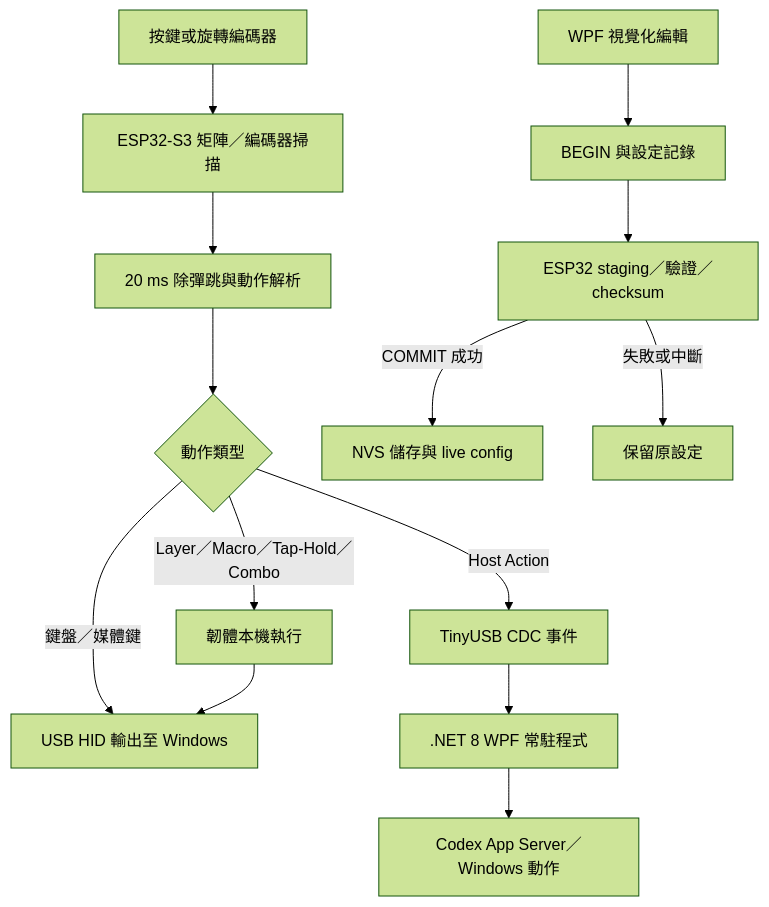
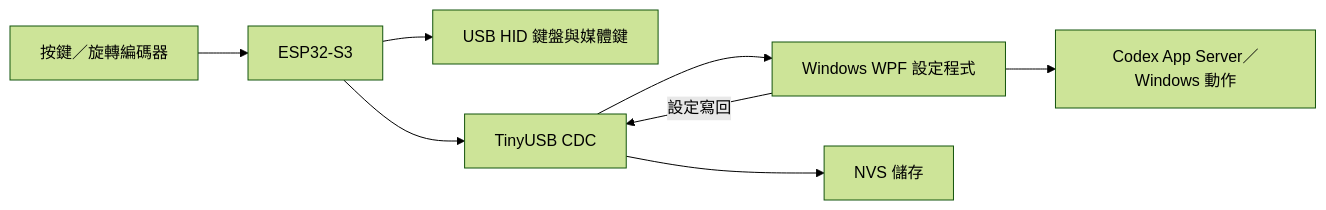
Before and after one commit to vvitohu/vvitohu.github.io: the diagram in _posts/2026-07-06-codex-macro-s3.markdown, drawn with Mermaid (forest theme). The commit also changed other lines of this file and 3 other files, not shown here.

````diff
--- a/_posts/2026-07-06-codex-macro-s3.markdown
+++ b/_posts/2026-07-06-codex-macro-s3.markdown
@@ -62,17 +53,10 @@
 ```mermaid
-flowchart TD
-    A[按鍵或旋轉編碼器] --> B[ESP32-S3 矩陣／編碼器掃描]
-    B --> C[20 ms 除彈跳與動作解析]
-    C --> D{動作類型}
-    D -->|鍵盤／媒體鍵| E[USB HID 輸出至 Windows]
-    D -->|Layer／Macro／Tap-Hold／Combo| F[韌體本機執行]
-    F --> E
-    D -->|Host Action| G[TinyUSB CDC 事件]
-    G --> H[.NET 8 WPF 常駐程式]
-    H --> I[Codex App Server／Windows 動作]
-
-    J[WPF 視覺化編輯] --> K[BEGIN 與設定記錄]
-    K --> L[ESP32 staging／驗證／checksum]
-    L -->|COMMIT 成功| M[NVS 儲存與 live config]
-    L -->|失敗或中斷| N[保留原設定]
+flowchart LR
+    A[按鍵／旋轉編碼器] --> B[ESP32-S3]
+    B --> C[USB HID 鍵盤與媒體鍵]
+    B --> D[TinyUSB CDC]
+    D --> E[Windows WPF 設定程式]
+    E --> F[Codex App Server／Windows 動作]
+    E -->|設定寫回| D
+    D --> G[NVS 儲存]
 ```
````
